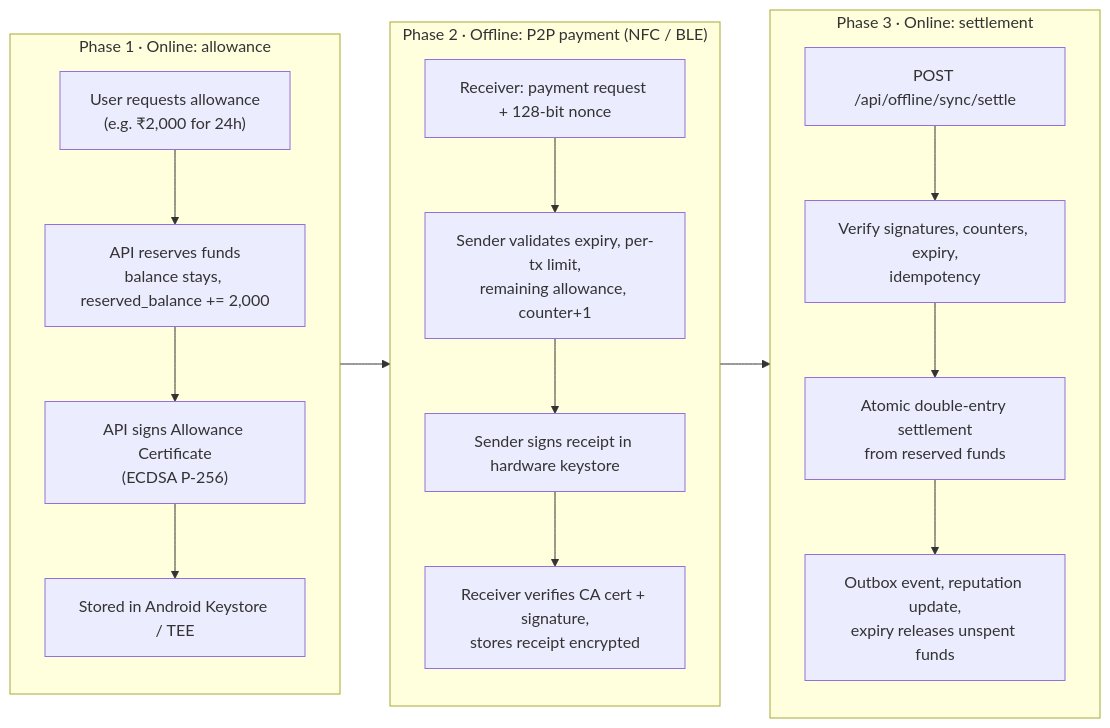
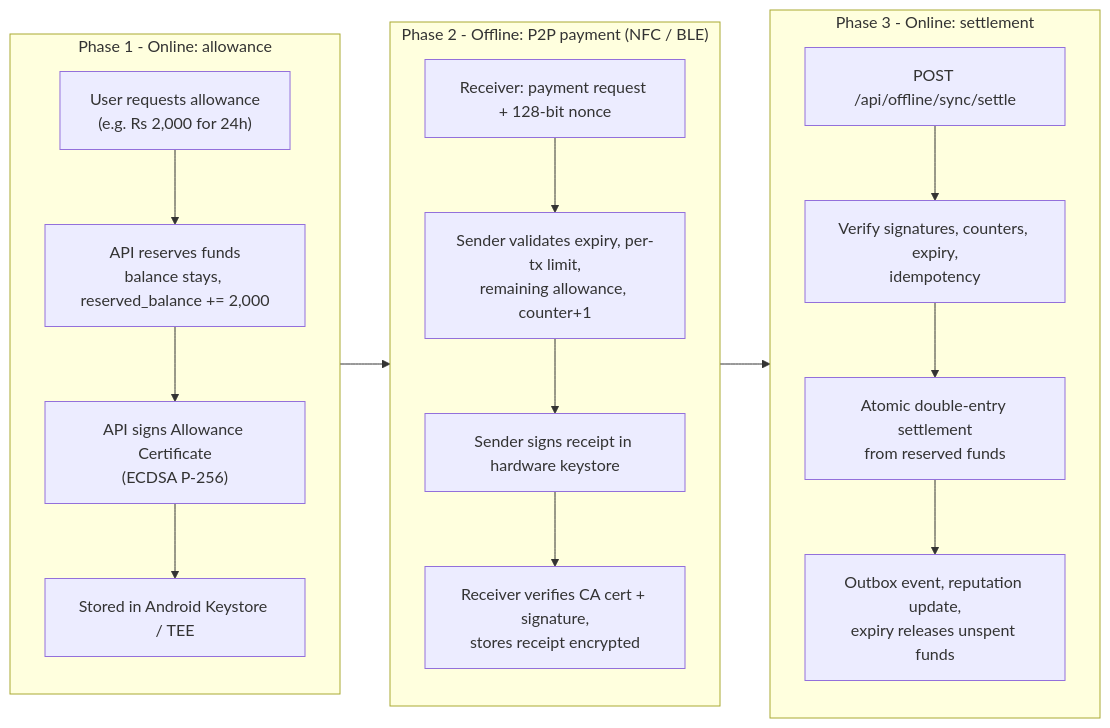
One commit to tanusingh04/Monetra changed the second of 5 diagrams in README.md. Above: the diagram before and after it, drawn with Mermaid. The commit also changed other lines of this file, not shown here.

````diff
--- a/README.md
+++ b/README.md
@@ -248,19 +246,19 @@
 ```mermaid
 flowchart LR
-    subgraph P1["Phase 1 · Online: allowance"]
-        A1["User requests allowance<br/>(e.g. ₹2,000 for 24h)"] --> A2["API reserves funds<br/>balance stays, reserved_balance += 2,000"]
+    subgraph P1["Phase 1 - Online: allowance"]
+        A1["User requests allowance<br/>(e.g. Rs 2,000 for 24h)"] --> A2["API reserves funds<br/>balance stays, reserved_balance += 2,000"]
         A2 --> A3["API signs Allowance Certificate<br/>(ECDSA P-256)"]
         A3 --> A4["Stored in Android Keystore / TEE"]
     end
-    subgraph P2["Phase 2 · Offline: P2P payment (NFC / BLE)"]
+    subgraph P2["Phase 2 - Offline: P2P payment (NFC / BLE)"]
         B1["Receiver: payment request + 128-bit nonce"] --> B2["Sender validates expiry, per-tx limit,<br/>remaining allowance, counter+1"]
         B2 --> B3["Sender signs receipt in hardware keystore"]
         B3 --> B4["Receiver verifies CA cert + signature,<br/>stores receipt encrypted"]
     end
-    subgraph P3["Phase 3 · Online: settlement"]
+    subgraph P3["Phase 3 - Online: settlement"]
         C1["POST /api/offline/sync/settle"] --> C2["Verify signatures, counters, expiry,<br/>idempotency"]
         C2 --> C3["Atomic double-entry settlement<br/>from reserved funds"]
         C3 --> C4["Outbox event, reputation update,<br/>expiry releases unspent funds"]
     end
     P1 --> P2 --> P3
 ```
````
